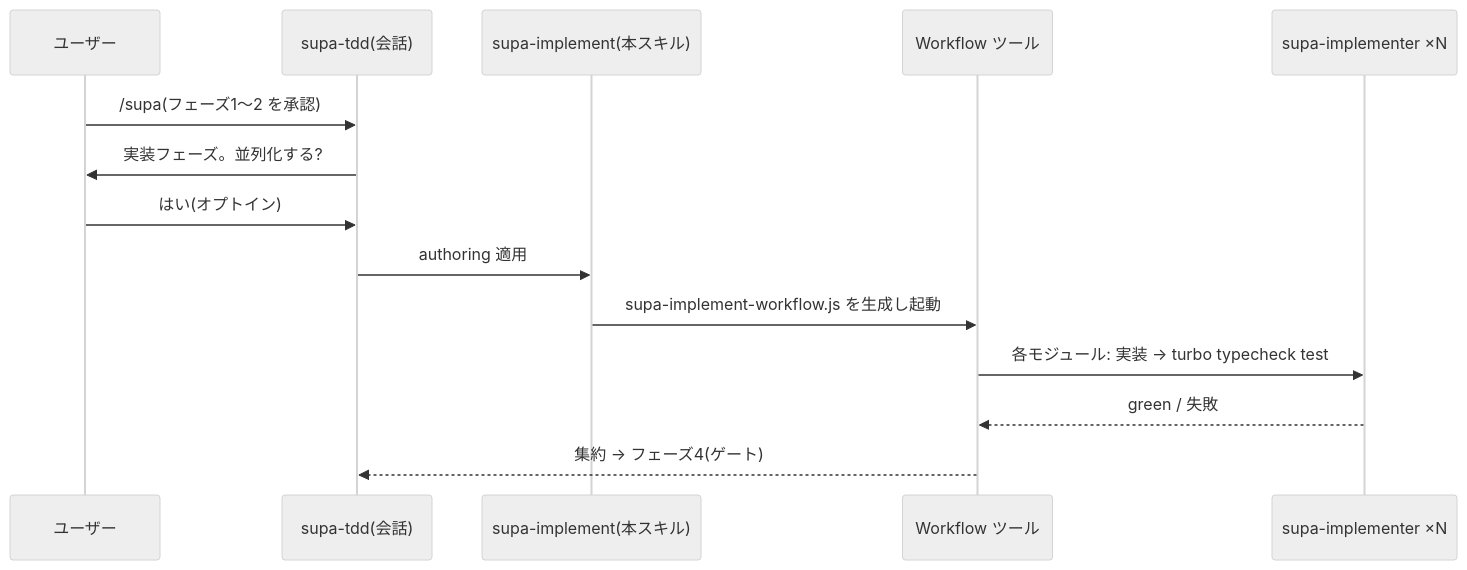
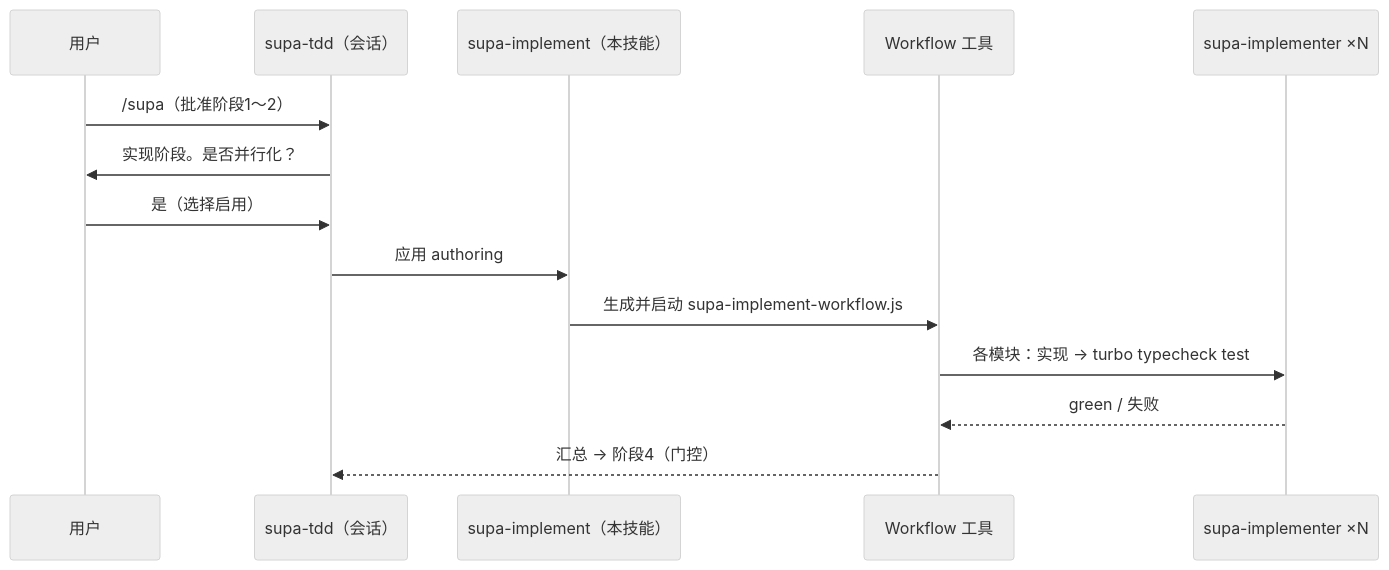
Before and after one commit to magcen-zone/supadevops: the diagram in skills/supa-implement/SKILL.md, drawn with Mermaid (neutral theme). The commit also changed other lines of this file and 11 other files, not shown here.

````diff
--- a/skills/supa-implement/SKILL.md
+++ b/skills/supa-implement/SKILL.md
@@ -12,16 +12,16 @@
 ```mermaid
 sequenceDiagram
-    participant U as ユーザー
-    participant S as supa-tdd(会話)
-    participant K as supa-implement(本スキル)
-    participant W as Workflow ツール
+    participant U as 用户
+    participant S as supa-tdd（会话）
+    participant K as supa-implement（本技能）
+    participant W as Workflow 工具
     participant A as supa-implementer ×N
-    U->>S: /supa(フェーズ1〜2 を承認)
-    S->>U: 実装フェーズ。並列化する?
-    U->>S: はい(オプトイン)
-    S->>K: authoring 適用
-    K->>W: supa-implement-workflow.js を生成し起動
-    W->>A: 各モジュール: 実装 → turbo typecheck test
-    A-->>W: green / 失敗
-    W-->>S: 集約 → フェーズ4(ゲート)
+    U->>S: /supa（批准阶段1～2）
+    S->>U: 实现阶段。是否并行化？
+    U->>S: 是（选择启用）
+    S->>K: 应用 authoring
+    K->>W: 生成并启动 supa-implement-workflow.js
+    W->>A: 各模块：实现 → turbo typecheck test
+    A-->>W: green / 失败
+    W-->>S: 汇总 → 阶段4（门控）
 ```
````
